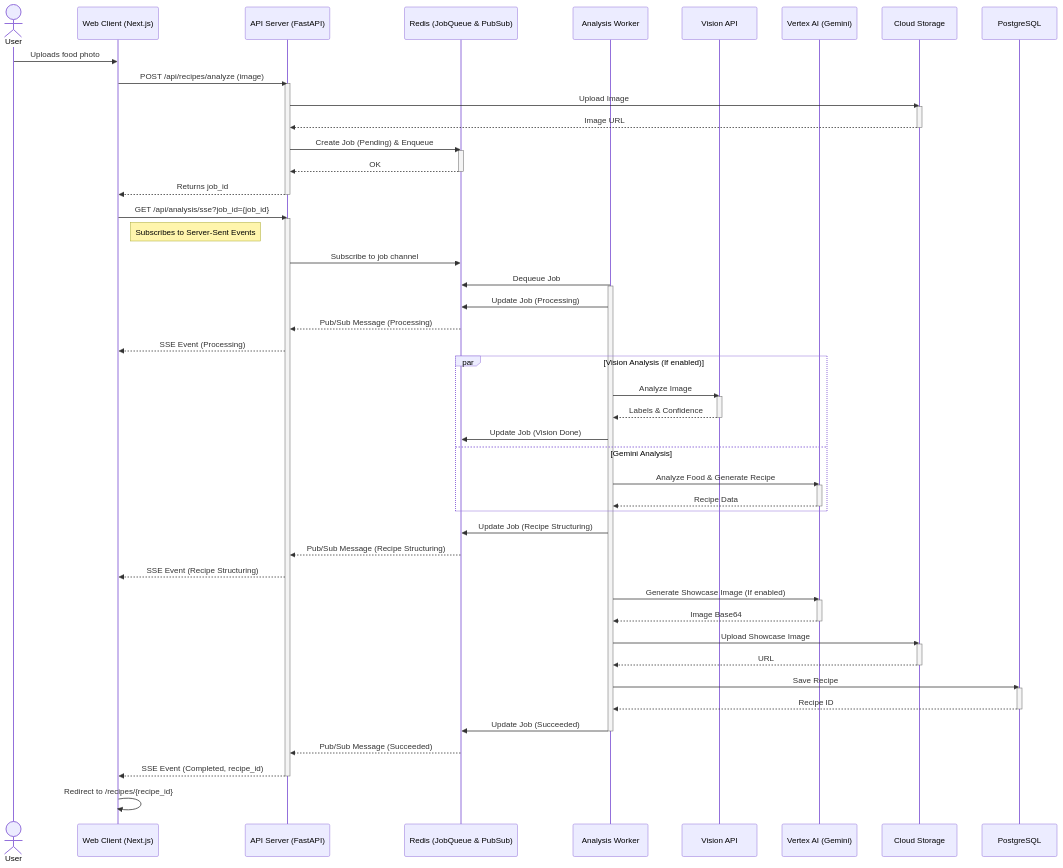
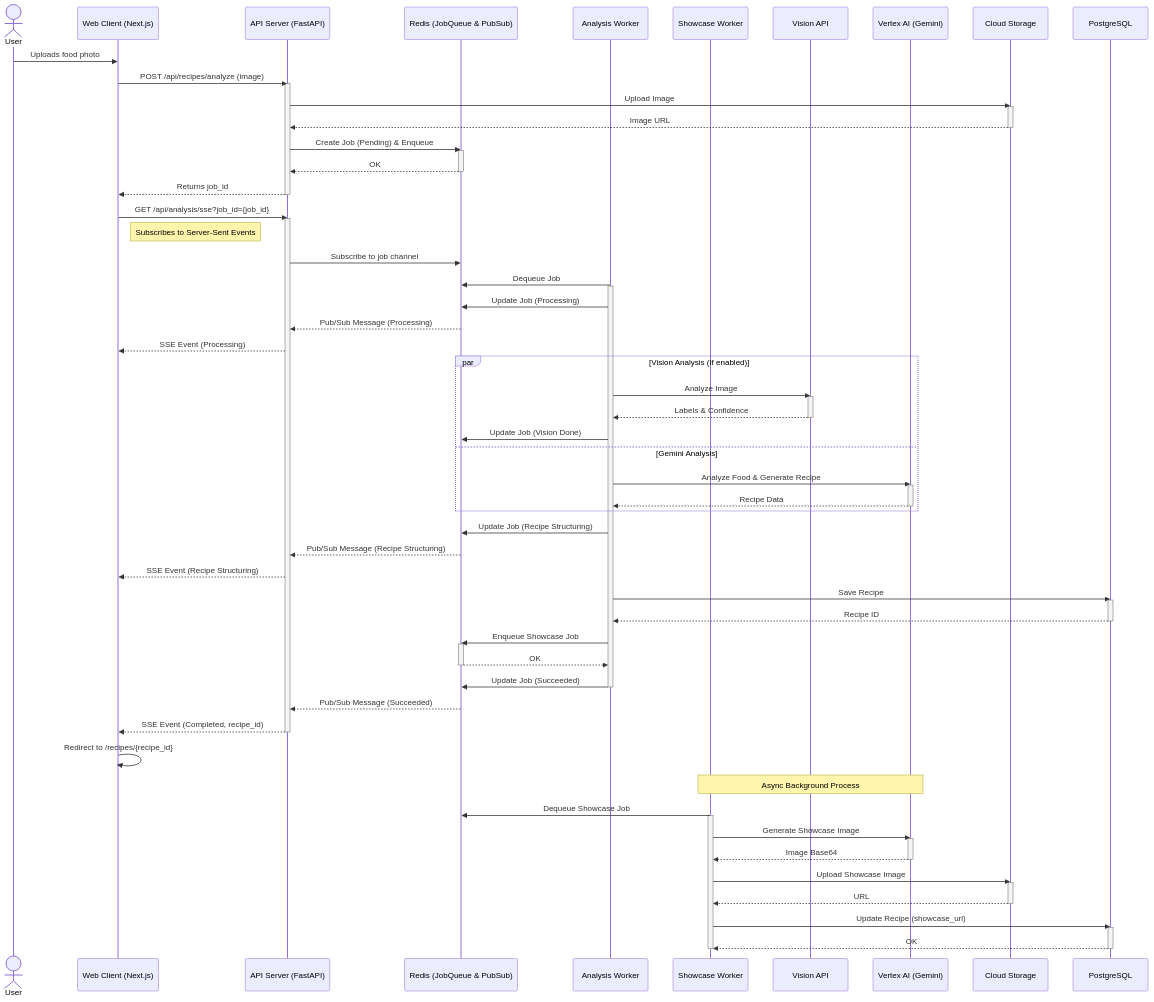
Before and after one commit to pic2cook/diagrams: the second of 2 diagrams in pic2cook/README.md, drawn with Mermaid. The commit also changed other lines of this file, not shown here.

````diff
--- a/pic2cook/README.md
+++ b/pic2cook/README.md
@@ -107,6 +114,7 @@
     participant API as API Server (FastAPI)
     participant Redis as Redis (JobQueue & PubSub)
     participant Worker as Analysis Worker
+    participant Showcase as Showcase Worker
     participant Vision as Vision API
     participant Gemini as Vertex AI (Gemini)
     participant GCS as Cloud Storage
@@ -159,20 +167,15 @@
     Redis-->>API: Pub/Sub Message (Recipe Structuring)
     API-->>Web: SSE Event (Recipe Structuring)
 
-    Worker->>Gemini: Generate Showcase Image (If enabled)
-    activate Gemini
-    Gemini-->>Worker: Image Base64
-    deactivate Gemini
-    
-    Worker->>GCS: Upload Showcase Image
-    activate GCS
-    GCS-->>Worker: URL
-    deactivate GCS
-    
     Worker->>DB: Save Recipe
     activate DB
     DB-->>Worker: Recipe ID
     deactivate DB
+
+    Worker->>Redis: Enqueue Showcase Job
+    activate Redis
+    Redis-->>Worker: OK
+    deactivate Redis
 
     Worker->>Redis: Update Job (Succeeded)
     deactivate Worker
@@ -182,4 +185,23 @@
     deactivate API
 
     Web->>Web: Redirect to /recipes/{recipe_id}
+
+    Note over Showcase, Gemini: Async Background Process
+    Showcase->>Redis: Dequeue Showcase Job
+    activate Showcase
+    Showcase->>Gemini: Generate Showcase Image
+    activate Gemini
+    Gemini-->>Showcase: Image Base64
+    deactivate Gemini
+    
+    Showcase->>GCS: Upload Showcase Image
+    activate GCS
+    GCS-->>Showcase: URL
+    deactivate GCS
+    
+    Showcase->>DB: Update Recipe (showcase_url)
+    activate DB
+    DB-->>Showcase: OK
+    deactivate DB
+    deactivate Showcase
 ```
````
